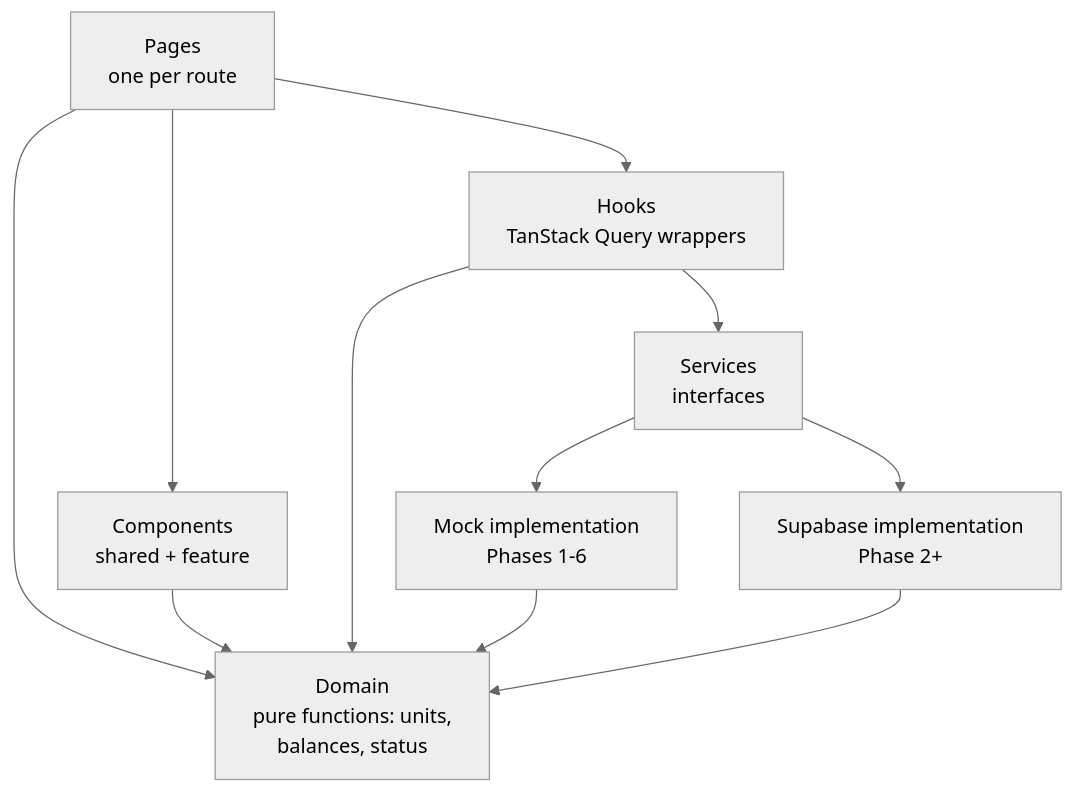
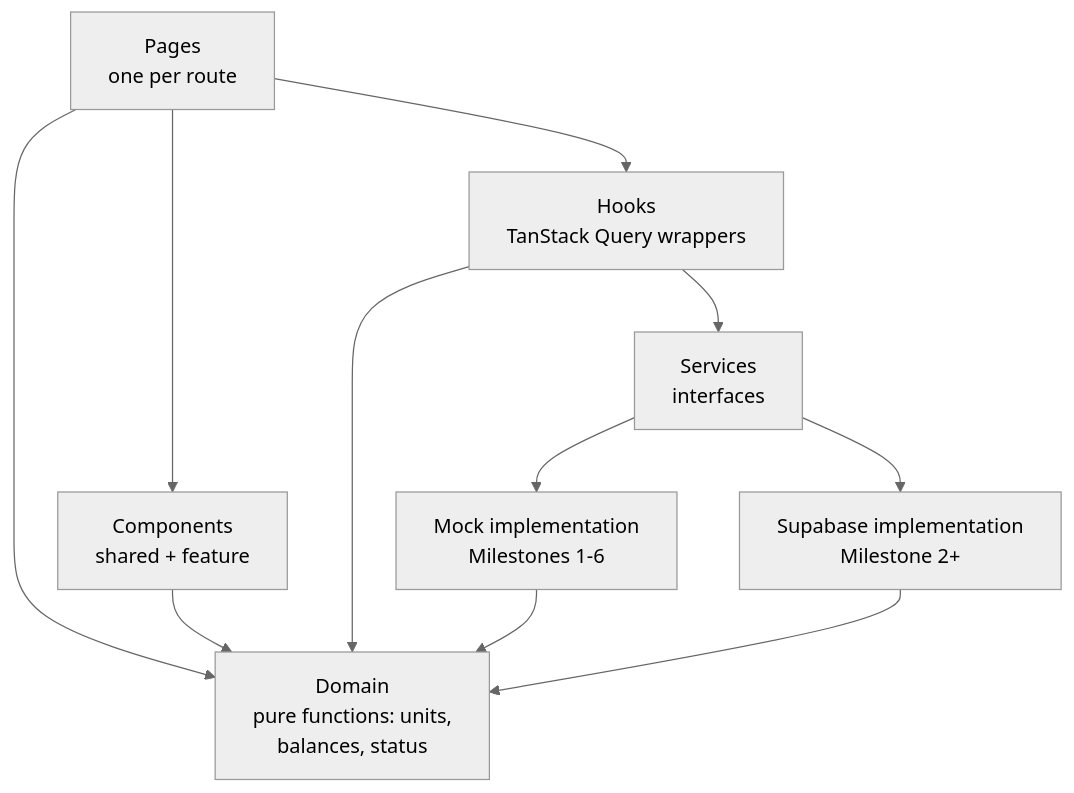
One commit to Ndukwopeace/Tally-up changed the second of 3 diagrams in docs/ARCHITECTURE.md. Above: the diagram before and after it, drawn with Mermaid (neutral theme). The commit also changed other lines of this file and 6 other files, not shown here.

First line of the commit message:
docs: rename phases to milestones; always open a PR after pushing (#2)

````diff
--- a/docs/ARCHITECTURE.md
+++ b/docs/ARCHITECTURE.md
@@ -96,10 +96,10 @@
 ```mermaid
 flowchart TB
   P[Pages<br/>one per route] --> C[Components<br/>shared + feature]
   P --> H[Hooks<br/>TanStack Query wrappers]
   H --> S[Services<br/>interfaces]
-  S --> MI[Mock implementation<br/>Phases 1-6]
-  S --> SI[Supabase implementation<br/>Phase 2+]
+  S --> MI[Mock implementation<br/>Milestones 1-6]
+  S --> SI[Supabase implementation<br/>Milestone 2+]
   P & C & H --> DOM[Domain<br/>pure functions: units,<br/>balances, status]
   MI & SI --> DOM
 ```
````
